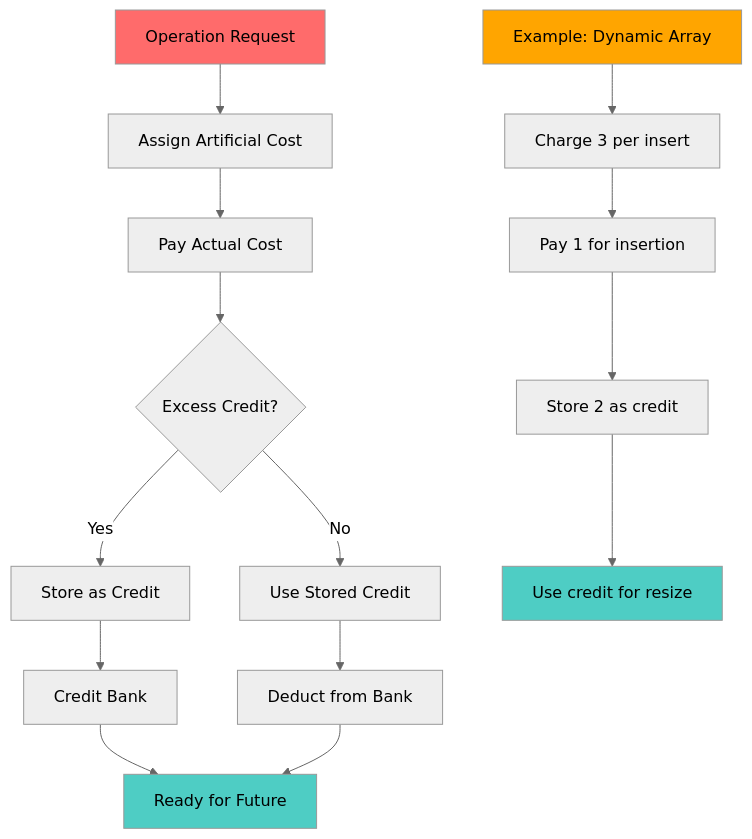
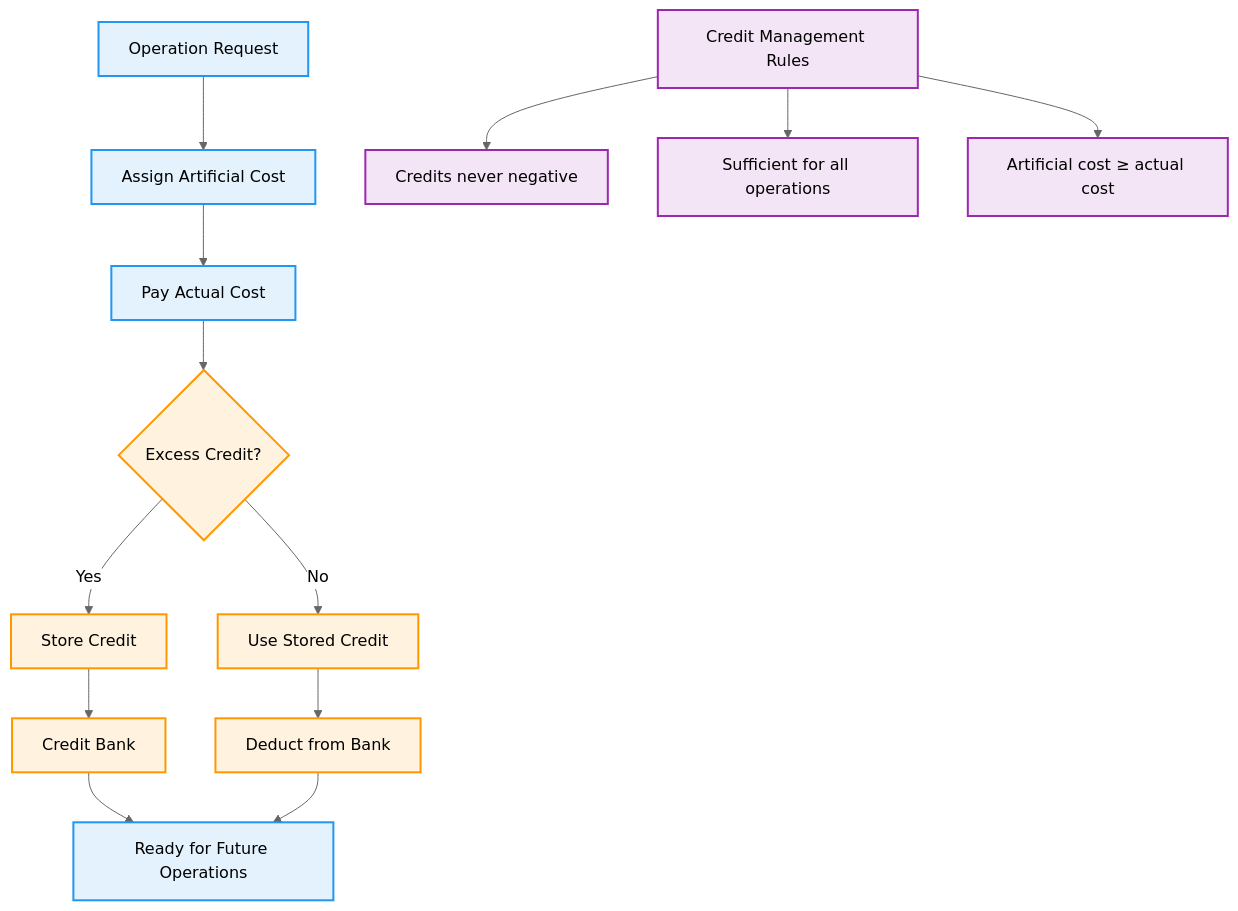
Before and after one commit to AbhishekGiri04/Algorithmics-Foundations: the sixth of 13 diagrams in concepts/amortized-analysis.md, drawn with Mermaid (neutral theme). The commit also changed other lines of this file, not shown here.

Commit message:
Complete amortized analysis guide with professional diagrams and comprehensive coverage

````diff
--- a/concepts/amortized-analysis.md
+++ b/concepts/amortized-analysis.md
@@ -305,22 +387,24 @@
 ```mermaid
 flowchart TD
     A["Operation Request"] --> B["Assign Artificial Cost"]
     B --> C["Pay Actual Cost"]
     C --> D{"Excess Credit?"}
-    D -->|Yes| E["Store as Credit"]
+    D -->|Yes| E["Store Credit"]
     D -->|No| F["Use Stored Credit"]
     E --> G["Credit Bank"]
     F --> H["Deduct from Bank"]
-    G --> I["Ready for Future"]
+    G --> I["Ready for Future Operations"]
     H --> I
     
-    J["Example: Dynamic Array"] --> K["Charge 3 per insert"]
-    K --> L["Pay 1 for insertion"]
-    L --> M["Store 2 as credit"]
-    M --> N["Use credit for resize"]
+    J["Credit Management Rules"] --> K["Credits never negative"]
+    J --> L["Sufficient for all operations"]
+    J --> M["Artificial cost ≥ actual cost"]
     
-    style A fill:#ff6b6b
-    style I fill:#4ecdc4
-    style J fill:#ffa500
-    style N fill:#4ecdc4
+    classDef default fill:#f9f9f9,stroke:#333,stroke-width:2px,color:#000
+    classDef process fill:#e3f2fd,stroke:#2196f3,stroke-width:2px,color:#000
+    classDef credit fill:#fff3e0,stroke:#ff9800,stroke-width:2px,color:#000
+    classDef rules fill:#f3e5f5,stroke:#9c27b0,stroke-width:2px,color:#000
+    class A,B,C,I process
+    class D,E,F,G,H credit
+    class J,K,L,M rules
 ```
````
